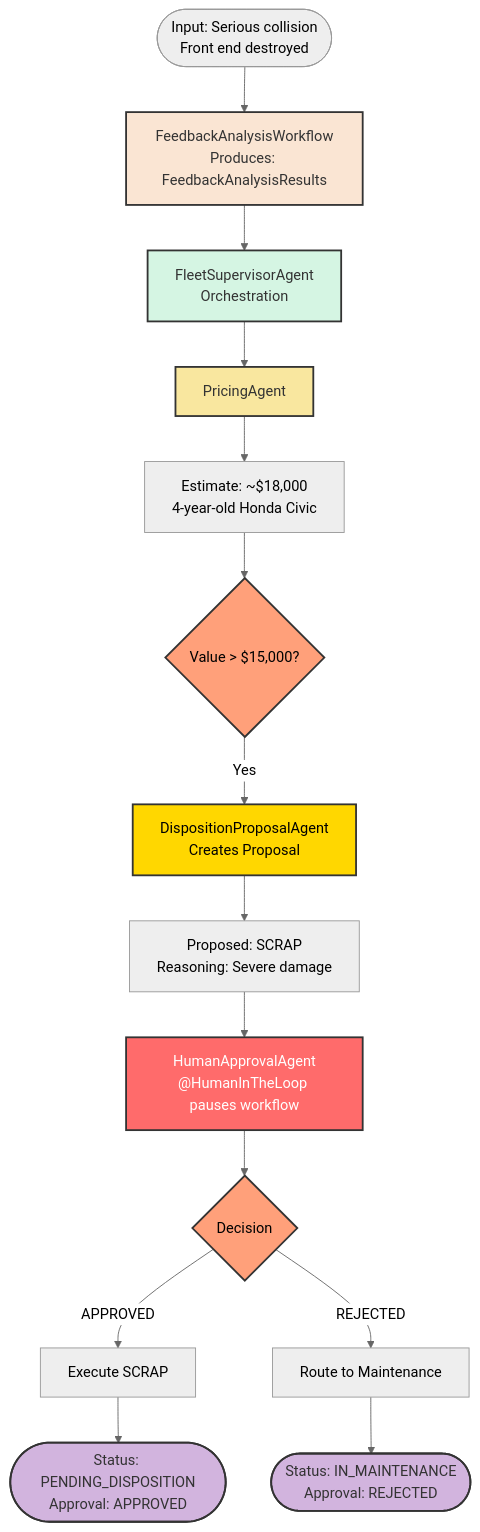
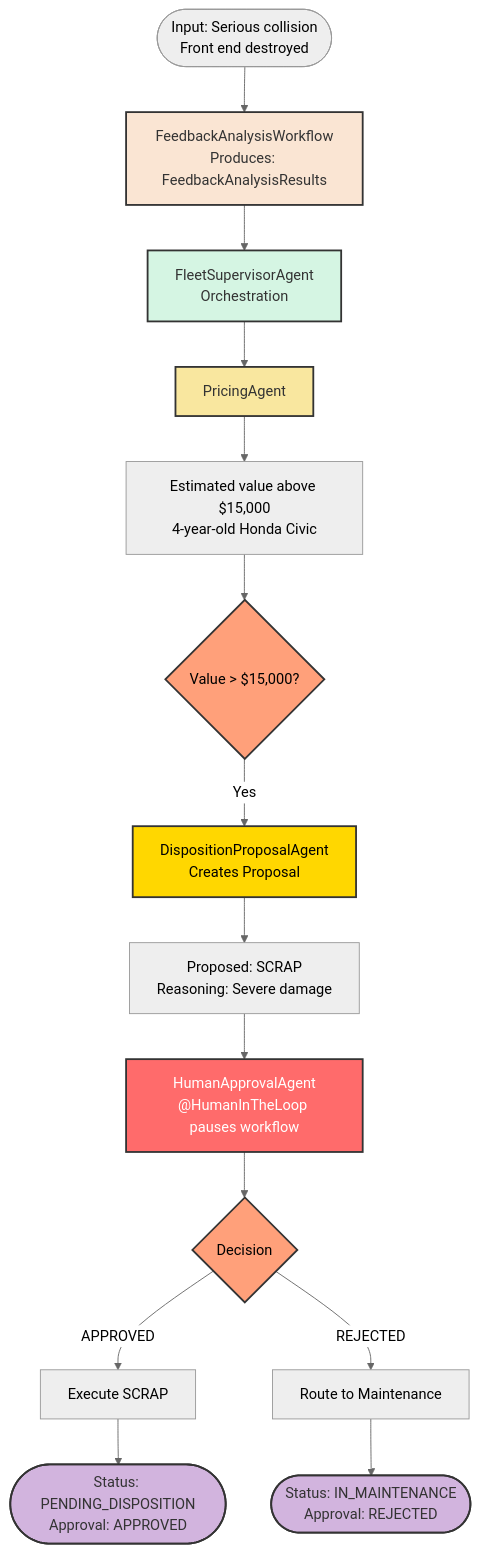
One commit to quarkusio/quarkus-workshop-langchain4j changed the third of 6 diagrams in docs/docs/section-2/step-05.md. Above: the diagram before and after it, drawn with Mermaid (neutral theme). The commit also changed other lines of this file and 1 other file, not shown here.

Commit message:
Revise estimated values and feedback text in documentation for improved accuracy and clarity

````diff
--- a/docs/docs/section-2/step-05.md
+++ b/docs/docs/section-2/step-05.md
@@ -310,32 +310,32 @@
 ```mermaid
 flowchart TD
     Start(["Input: Serious collision<br/>Front end destroyed"])
 
     Start --> FW["FeedbackAnalysisWorkflow<br/>Produces: FeedbackAnalysisResults"]
 
     FW --> FSA["FleetSupervisorAgent<br/>Orchestration"]
     FSA --> PA["PricingAgent"]
-    PA --> Value["Estimate: ~$18,000<br/>4-year-old Honda Civic"]
+    PA --> Value["Estimated value above $15,000<br/>4-year-old Honda Civic"]
 
     Value --> Check{"Value > $15,000?"}
     Check -->|Yes| Proposal["DispositionProposalAgent<br/>Creates Proposal"]
     Proposal --> PropResult["Proposed: SCRAP<br/>Reasoning: Severe damage"]
 
     PropResult --> Human["HumanApprovalAgent<br/>@HumanInTheLoop pauses workflow"]
     Human --> Decision{Decision}
     Decision -->|APPROVED| Execute["Execute SCRAP"]
     Decision -->|REJECTED| Fallback["Route to Maintenance"]
 
     Execute --> Result(["Status: PENDING_DISPOSITION<br/>Approval: APPROVED"])
     Fallback --> Result2(["Status: IN_MAINTENANCE<br/>Approval: REJECTED"])
 
     style FW fill:#FAE5D3,stroke:#333,stroke-width:2,color:#333
     style FSA fill:#D5F5E3,stroke:#333,stroke-width:2,color:#333
     style PA fill:#F9E79F,stroke:#333,stroke-width:2,color:#333
     style Proposal fill:#FFD700,stroke:#333,stroke-width:2,color:#000
     style Human fill:#FF6B6B,stroke:#333,stroke-width:2,color:#fff
     style Check fill:#FFA07A,stroke:#333,stroke-width:2,color:#000
     style Decision fill:#FFA07A,stroke:#333,stroke-width:2,color:#000
     style Result fill:#D2B4DE,stroke:#333,stroke-width:2,color:#333
     style Result2 fill:#D2B4DE,stroke:#333,stroke-width:2,color:#333
 ```
````
